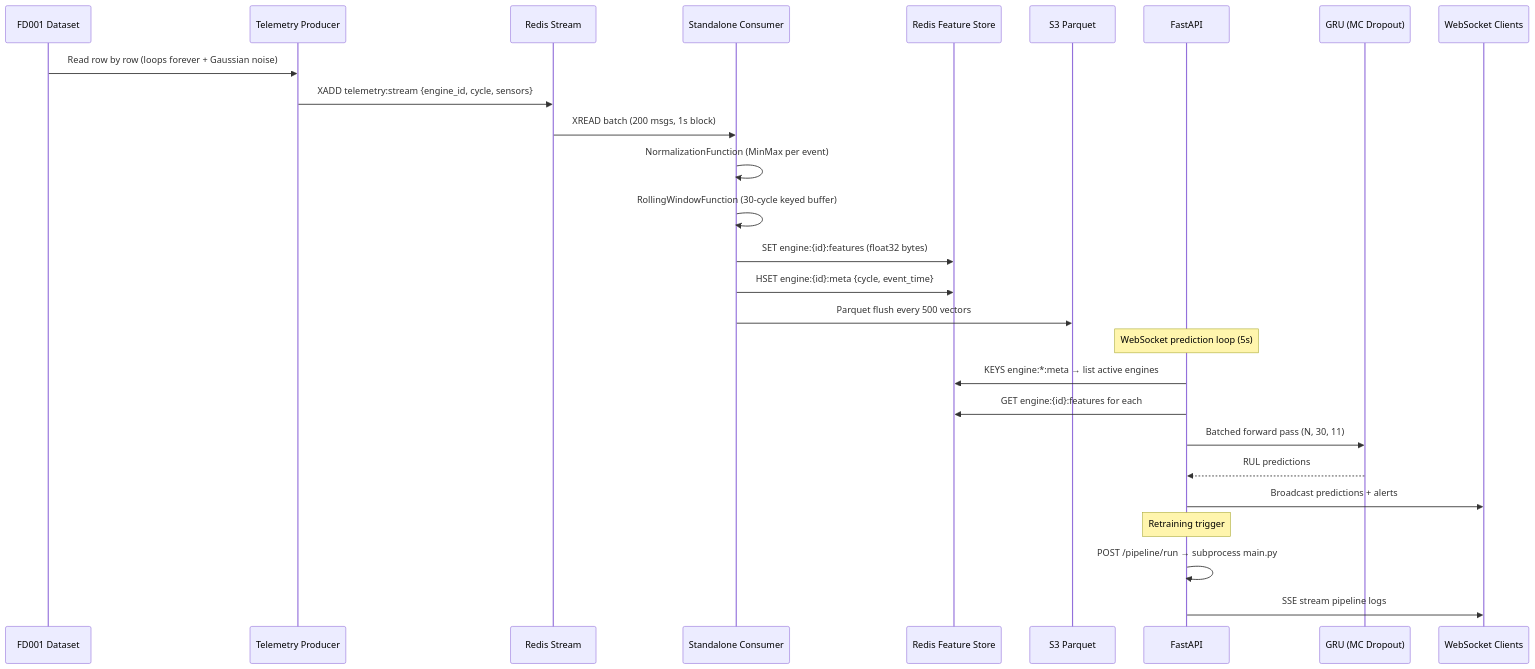
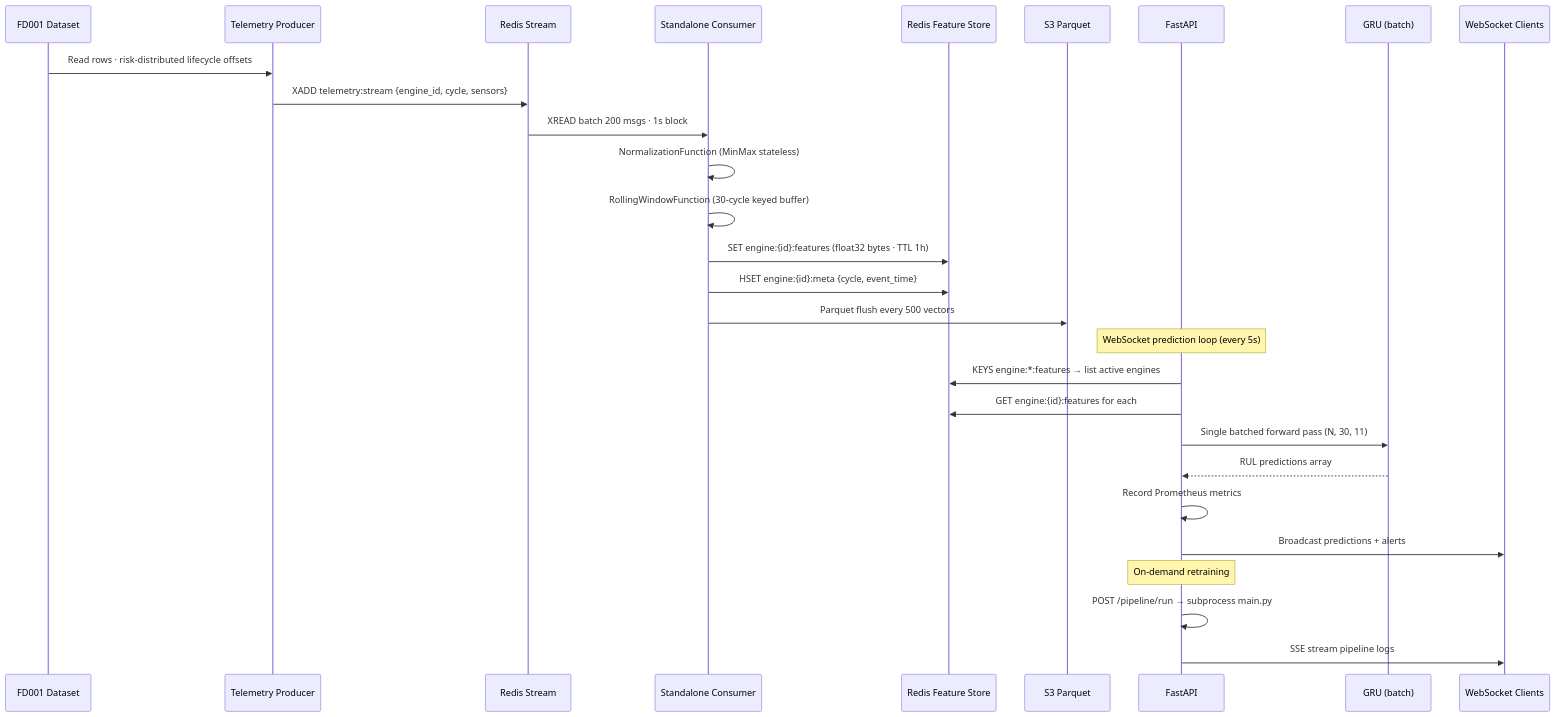
The second of 8 diagrams in docs/09_architecture.md (nasim-raj-laskar/Real-Time-Aircraft-Engine-Predictive-Maintenance-System), drawn with Mermaid before and after one commit. The commit also changed other lines of this file and 11 other files, not shown here.

````diff
--- a/docs/09_architecture.md
+++ b/docs/09_architecture.md
@@ -56,33 +55,34 @@
 ```mermaid
 sequenceDiagram
     participant CSV as FD001 Dataset
     participant PROD as Telemetry Producer
     participant RS as Redis Stream
     participant CONS as Standalone Consumer
     participant R as Redis Feature Store
     participant S3 as S3 Parquet
     participant API as FastAPI
-    participant Model as GRU (MC Dropout)
+    participant Model as GRU (batch)
     participant WS as WebSocket Clients
 
-    CSV->>PROD: Read row by row (loops forever + Gaussian noise)
+    CSV->>PROD: Read rows · risk-distributed lifecycle offsets
     PROD->>RS: XADD telemetry:stream {engine_id, cycle, sensors}
-    RS->>CONS: XREAD batch (200 msgs, 1s block)
+    RS->>CONS: XREAD batch 200 msgs · 1s block
 
-    CONS->>CONS: NormalizationFunction (MinMax per event)
+    CONS->>CONS: NormalizationFunction (MinMax stateless)
     CONS->>CONS: RollingWindowFunction (30-cycle keyed buffer)
-    CONS->>R: SET engine:{id}:features (float32 bytes)
+    CONS->>R: SET engine:{id}:features (float32 bytes · TTL 1h)
     CONS->>R: HSET engine:{id}:meta {cycle, event_time}
     CONS->>S3: Parquet flush every 500 vectors
 
-    Note over API: WebSocket prediction loop (5s)
-    API->>R: KEYS engine:*:meta → list active engines
+    Note over API: WebSocket prediction loop (every 5s)
+    API->>R: KEYS engine:*:features → list active engines
     API->>R: GET engine:{id}:features for each
-    API->>Model: Batched forward pass (N, 30, 11)
-    Model-->>API: RUL predictions
+    API->>Model: Single batched forward pass (N, 30, 11)
+    Model-->>API: RUL predictions array
+    API->>API: Record Prometheus metrics
     API->>WS: Broadcast predictions + alerts
 
-    Note over API: Retraining trigger
+    Note over API: On-demand retraining
     API->>API: POST /pipeline/run → subprocess main.py
     API->>WS: SSE stream pipeline logs
 ```
````
